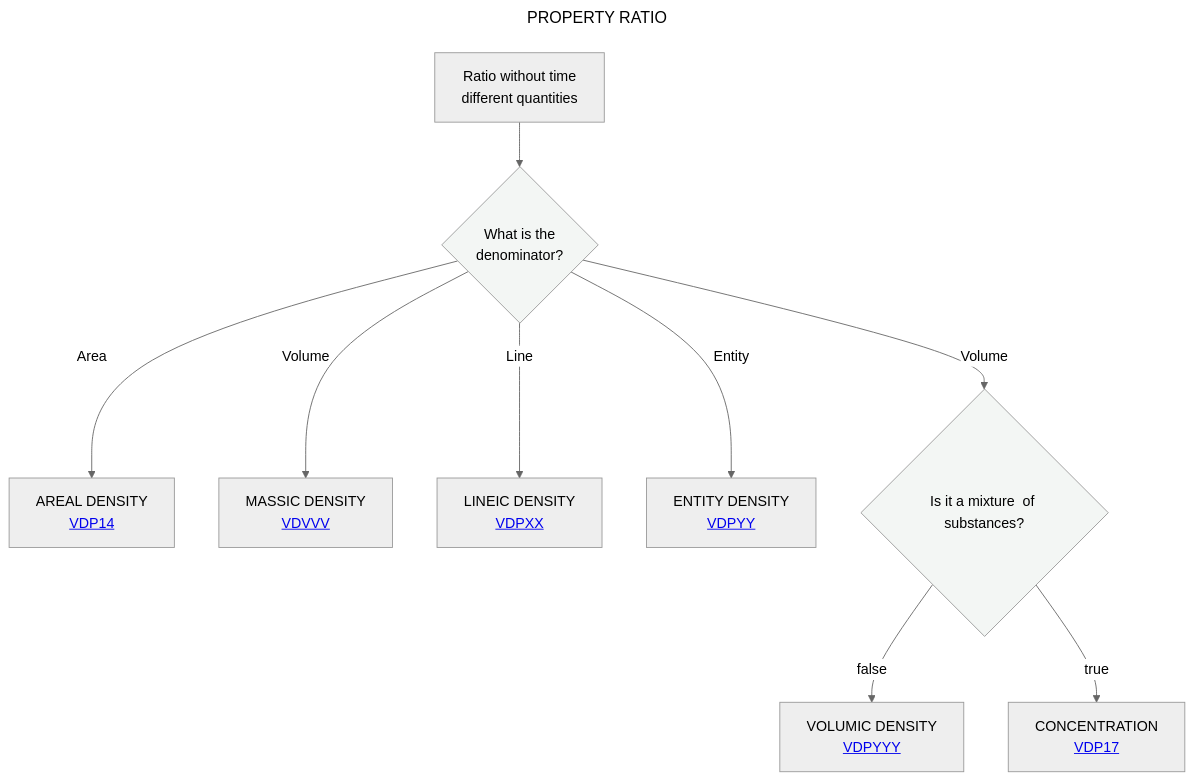
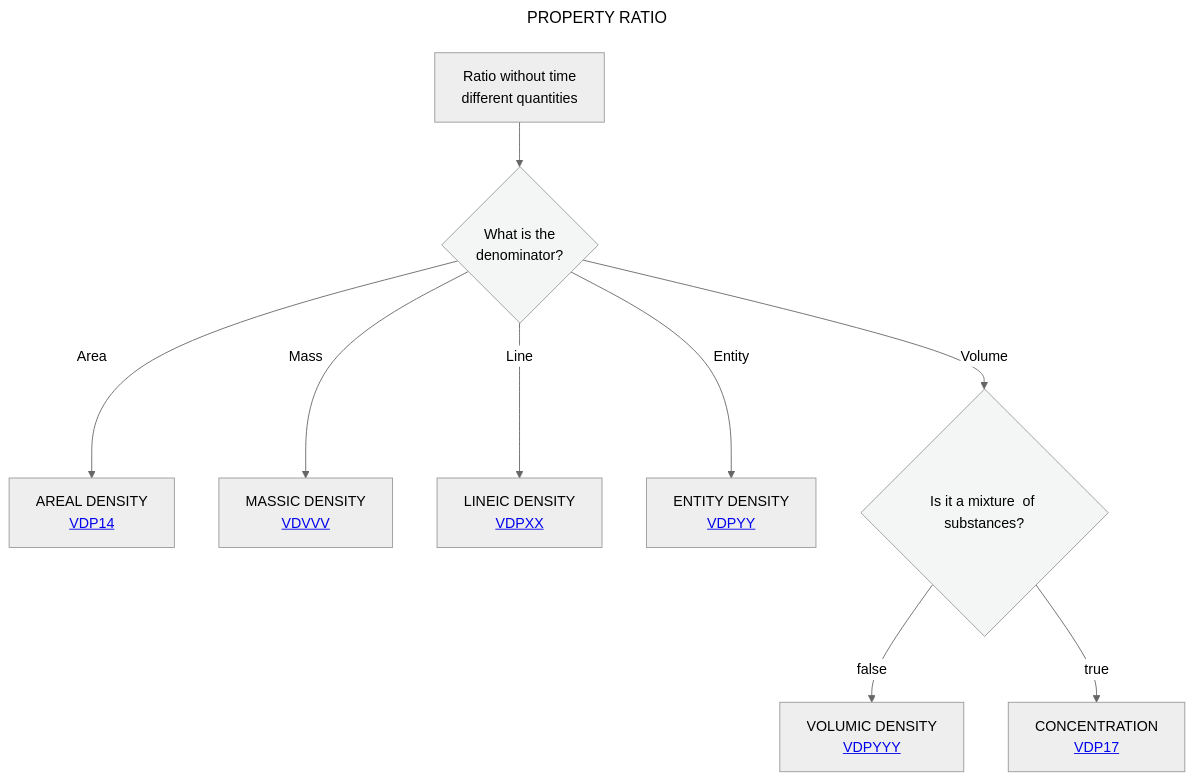
One commit to mabablue/I-ADOPT-patterns-playground changed the diagram in Decisition_trees/DT4.mmd. Above: the diagram before and after it, drawn with Mermaid (neutral theme).

```diff
--- a/Decisition_trees/DT4.mmd
+++ b/Decisition_trees/DT4.mmd
@@ -1,16 +1,16 @@
 ---
 title: PROPERTY RATIO
 ---
 flowchart TD
     A[Ratio without time <br> different quantities] --> B{What is the <br> denominator?}:::white
     B -- Area -->C[AREAL DENSITY <br> <a href='https://github.com/mabablue/I-ADOPT-patterns-playground/blob/main/pattern/VDP14.yaml'>VDP14</a>]
-    B -- Volume -->E[MASSIC DENSITY <br> <a href='https://github.com/mabablue/I-ADOPT-patterns-playground/blob/main/pattern/VDP14.yaml'>VDVVV</a>]
+    B -- Mass -->E[MASSIC DENSITY <br> <a href='https://github.com/mabablue/I-ADOPT-patterns-playground/blob/main/pattern/VDP14.yaml'>VDVVV</a>]
     B -- Line -->D[LINEIC DENSITY <br> <a href='https://github.com/mabablue/I-ADOPT-patterns-playground/blob/main/pattern/VDPXX.yaml'>VDPXX</a>]
     B -- Entity -->F[ENTITY DENSITY <br> <a href='https://github.com/mabablue/I-ADOPT-patterns-playground/blob/main/pattern/VDPXX.yaml'>VDPYY</a>]
     B -- Volume -->G{Is it a mixture <be> of substances?}:::white
     G --> |false|H[VOLUMIC DENSITY <br> <a href='https://github.com/mabablue/I-ADOPT-patterns-playground/blob/main/pattern/VDP20.yaml'>VDPYYY</a>]
     G--> |true|I[CONCENTRATION <br> <a href='https://github.com/mabablue/I-ADOPT-patterns-playground/blob/main/pattern/VDP17.yaml'>VDP17</a>]
    classDef blue fill:#90D5FF
    classDef satblue fill:#57B9FF 
    classDef white fill:#f3f6f4
    classDef green fill:#6aa84f
```
